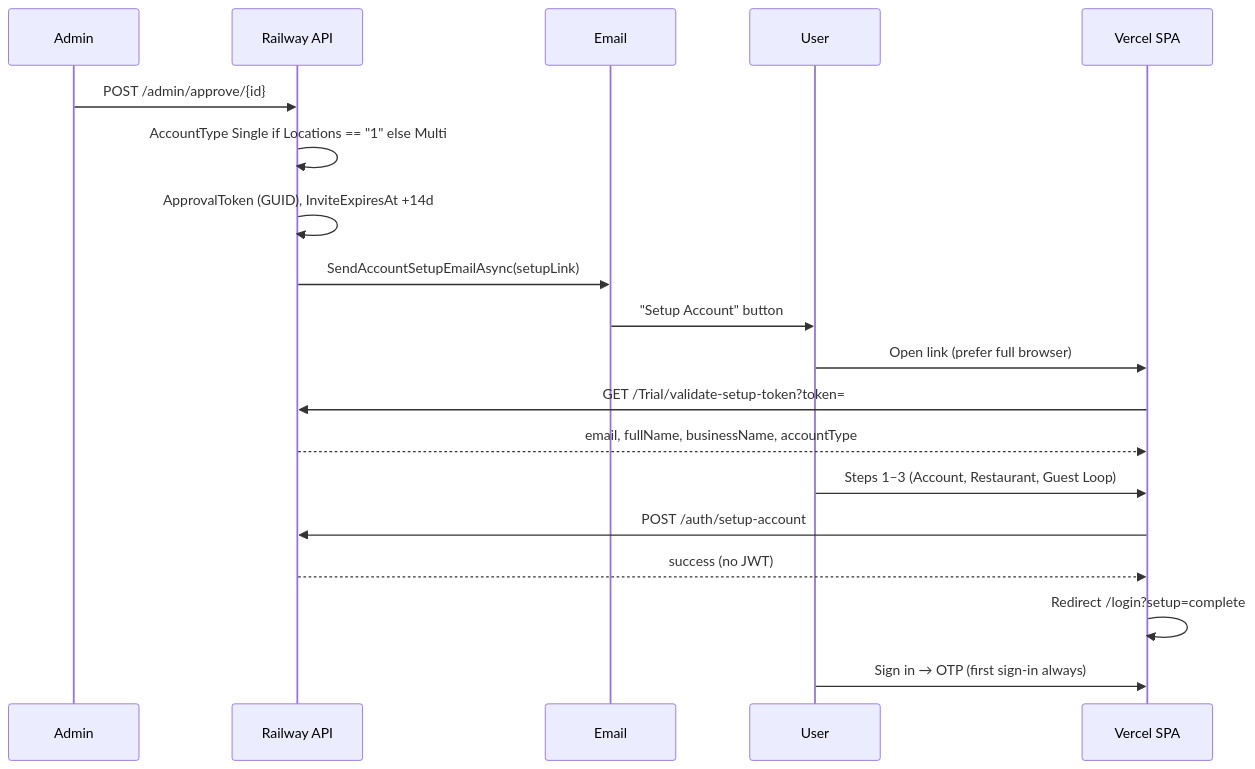
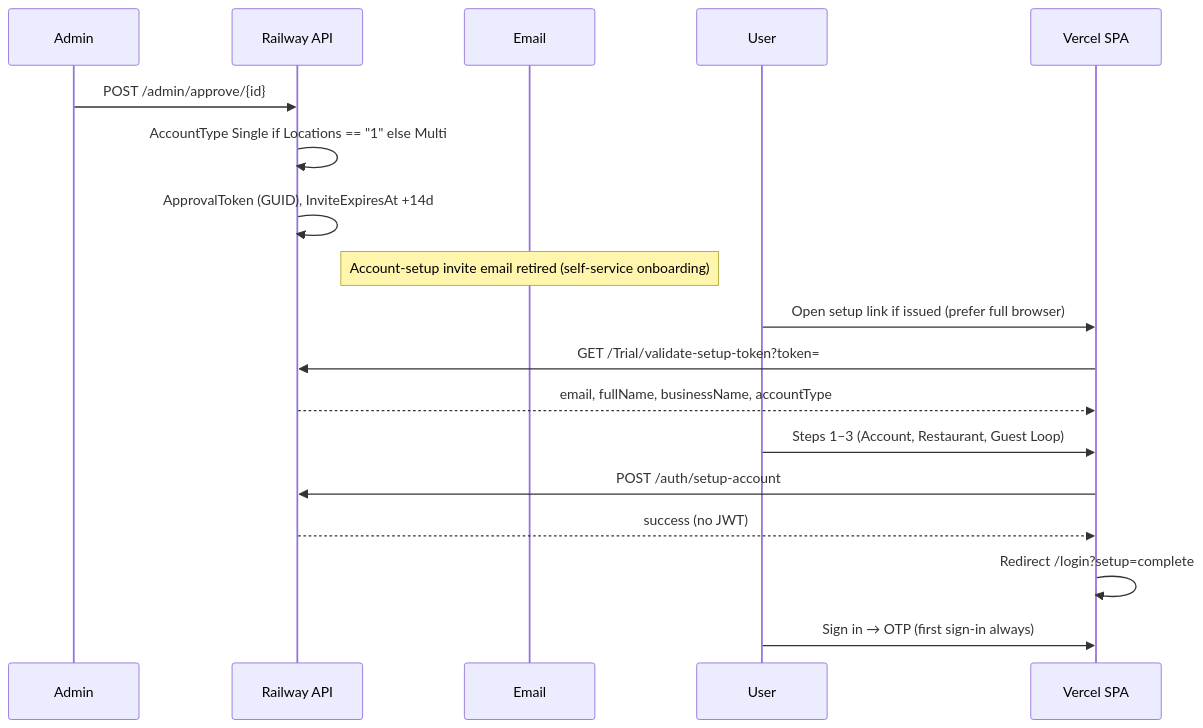
The diagram in docs/guest-loop-audit.md (Tummly/Tummly), drawn with Mermaid before and after one commit. The commit also changed 190 other files, not shown here.

````diff
--- a/docs/guest-loop-audit.md
+++ b/docs/guest-loop-audit.md
@@ -29,23 +29,22 @@
 ```mermaid
 sequenceDiagram
     participant Admin
     participant API as Railway API
     participant Email
     participant User
     participant FE as Vercel SPA
 
     Admin->>API: POST /admin/approve/{id}
     API->>API: AccountType Single if Locations == "1" else Multi
     API->>API: ApprovalToken (GUID), InviteExpiresAt +14d
-    API->>Email: SendAccountSetupEmailAsync(setupLink)
-    Email->>User: "Setup Account" button
+    Note over Email: Account-setup invite email retired (self-service onboarding)
 
-    User->>FE: Open link (prefer full browser)
+    User->>FE: Open setup link if issued (prefer full browser)
     FE->>API: GET /Trial/validate-setup-token?token=
     API-->>FE: email, fullName, businessName, accountType
     User->>FE: Steps 1–3 (Account, Restaurant, Guest Loop)
     FE->>API: POST /auth/setup-account
     API-->>FE: success (no JWT)
     FE->>FE: Redirect /login?setup=complete
     User->>FE: Sign in → OTP (first sign-in always)
 ```
````
